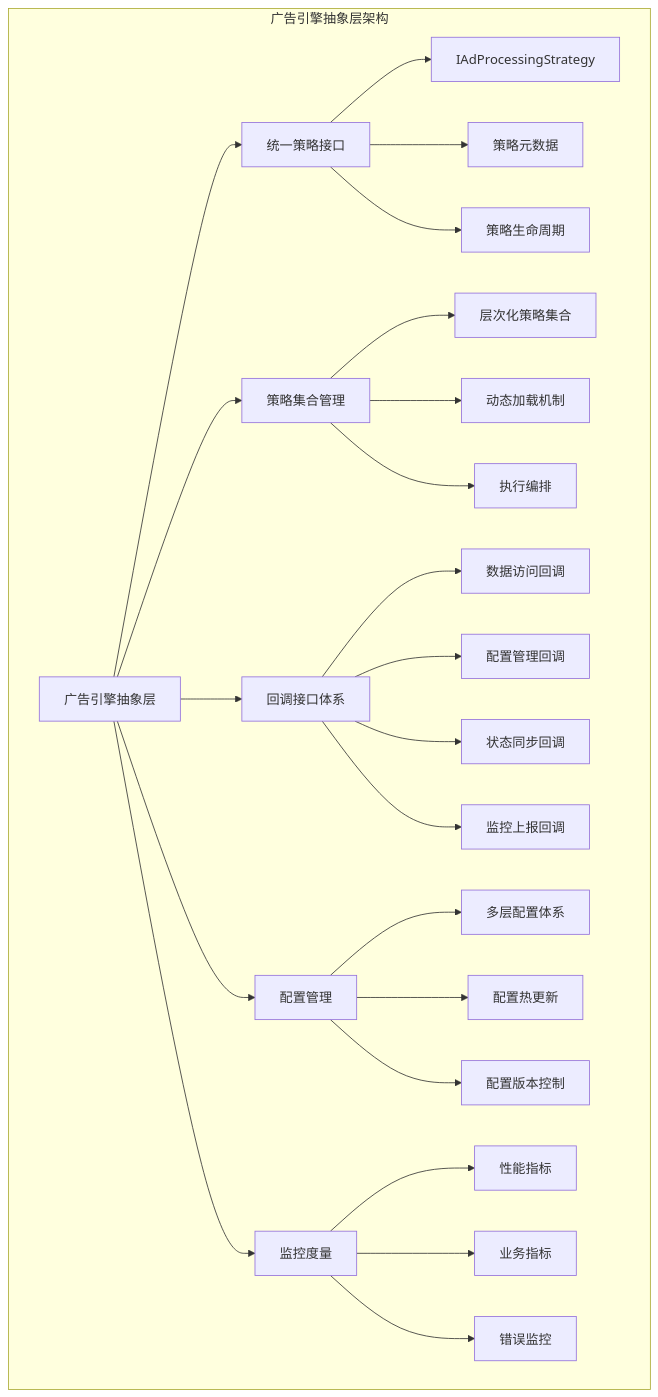
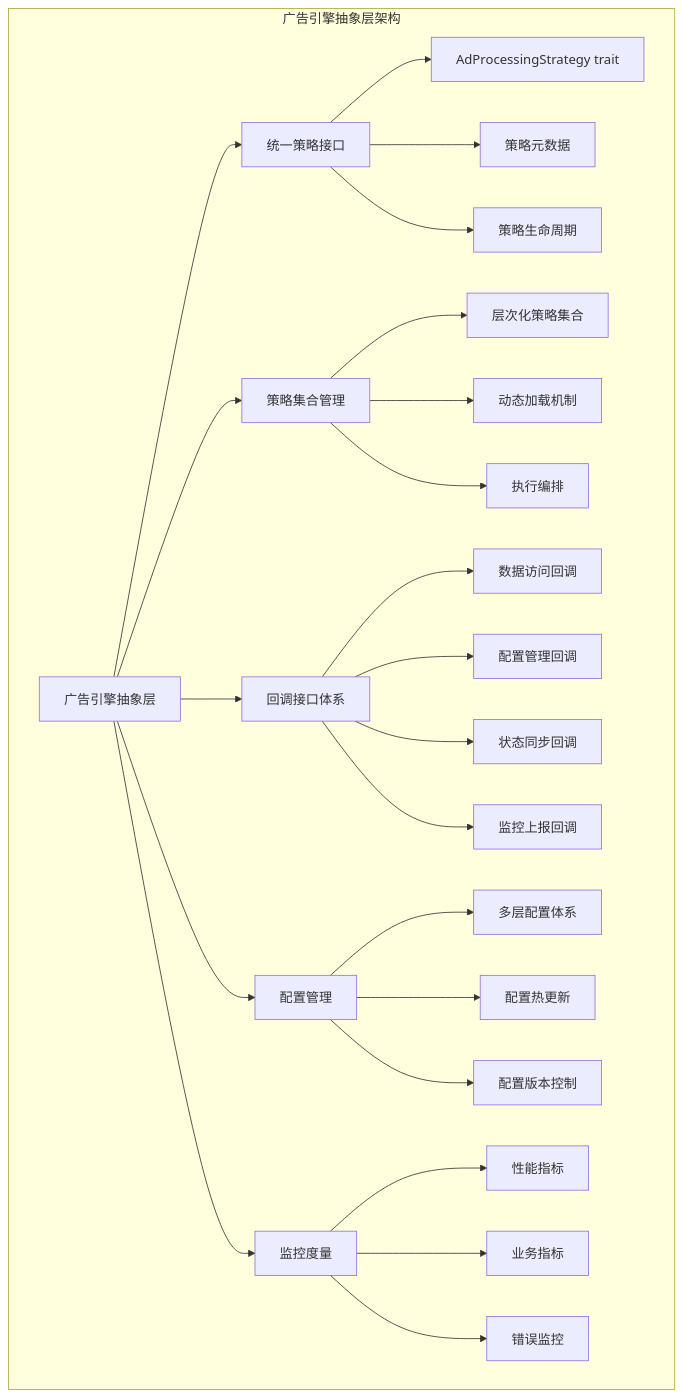
One commit to lornshrimp/Lorn.ADSP.Rust changed the first of 12 diagrams in docs_TecDesign/广告投放引擎/广告引擎抽象层设计.md. Above: the diagram before and after it, drawn with Mermaid. The commit also changed other lines of this file and 3 other files, not shown here.

````diff
--- a/docs_TecDesign/广告投放引擎/广告引擎抽象层设计.md
+++ b/docs_TecDesign/广告投放引擎/广告引擎抽象层设计.md
@@ -8,31 +8,31 @@
 ```mermaid
 graph TB
     subgraph "广告引擎抽象层架构"
         A[广告引擎抽象层] --> B[统一策略接口]
         A --> C[策略集合管理]
         A --> D[回调接口体系]
         A --> E[配置管理]
         A --> F[监控度量]
         
-        B --> B1[IAdProcessingStrategy]
+        B --> B1[AdProcessingStrategy trait]
         B --> B2[策略元数据]
         B --> B3[策略生命周期]
         
         C --> C1[层次化策略集合]
         C --> C2[动态加载机制]
         C --> C3[执行编排]
         
         D --> D1[数据访问回调]
         D --> D2[配置管理回调]
         D --> D3[状态同步回调]
         D --> D4[监控上报回调]
         
         E --> E1[多层配置体系]
         E --> E2[配置热更新]
         E --> E3[配置版本控制]
         
         F --> F1[性能指标]
         F --> F2[业务指标]
         F --> F3[错误监控]
     end
 ```
````
